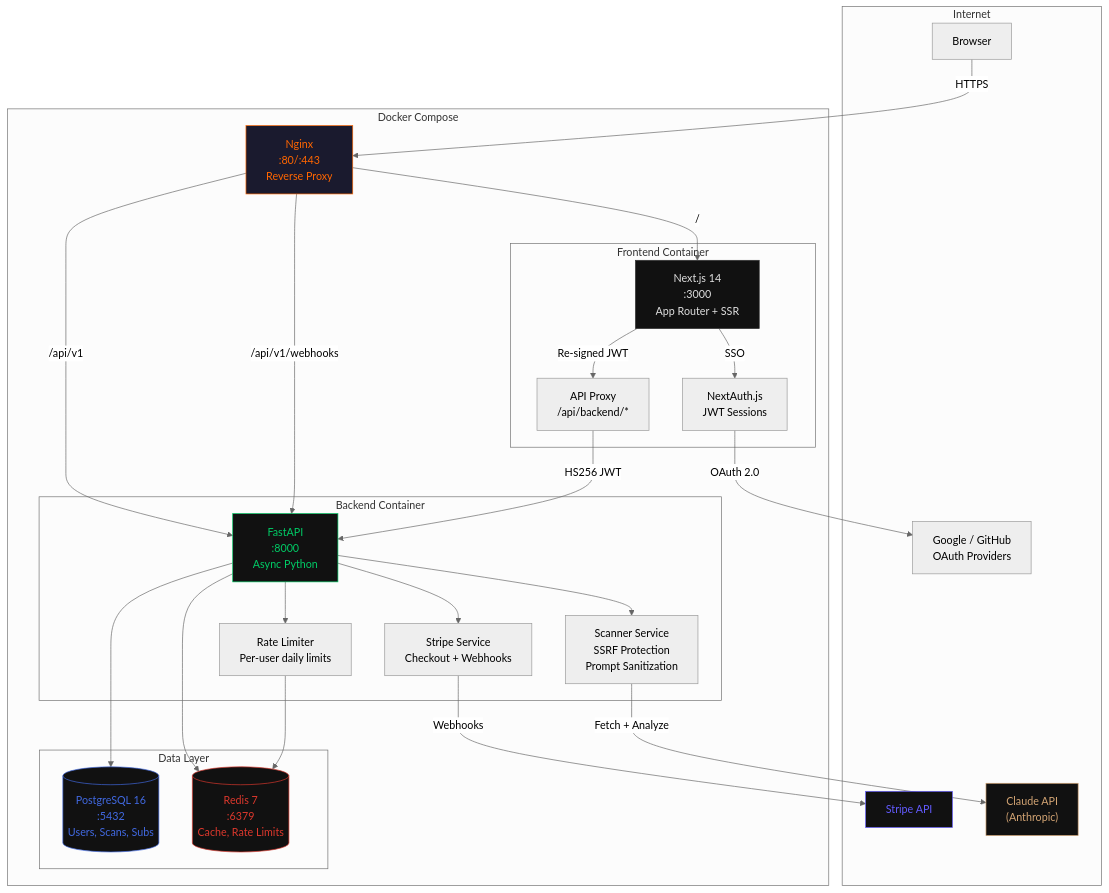
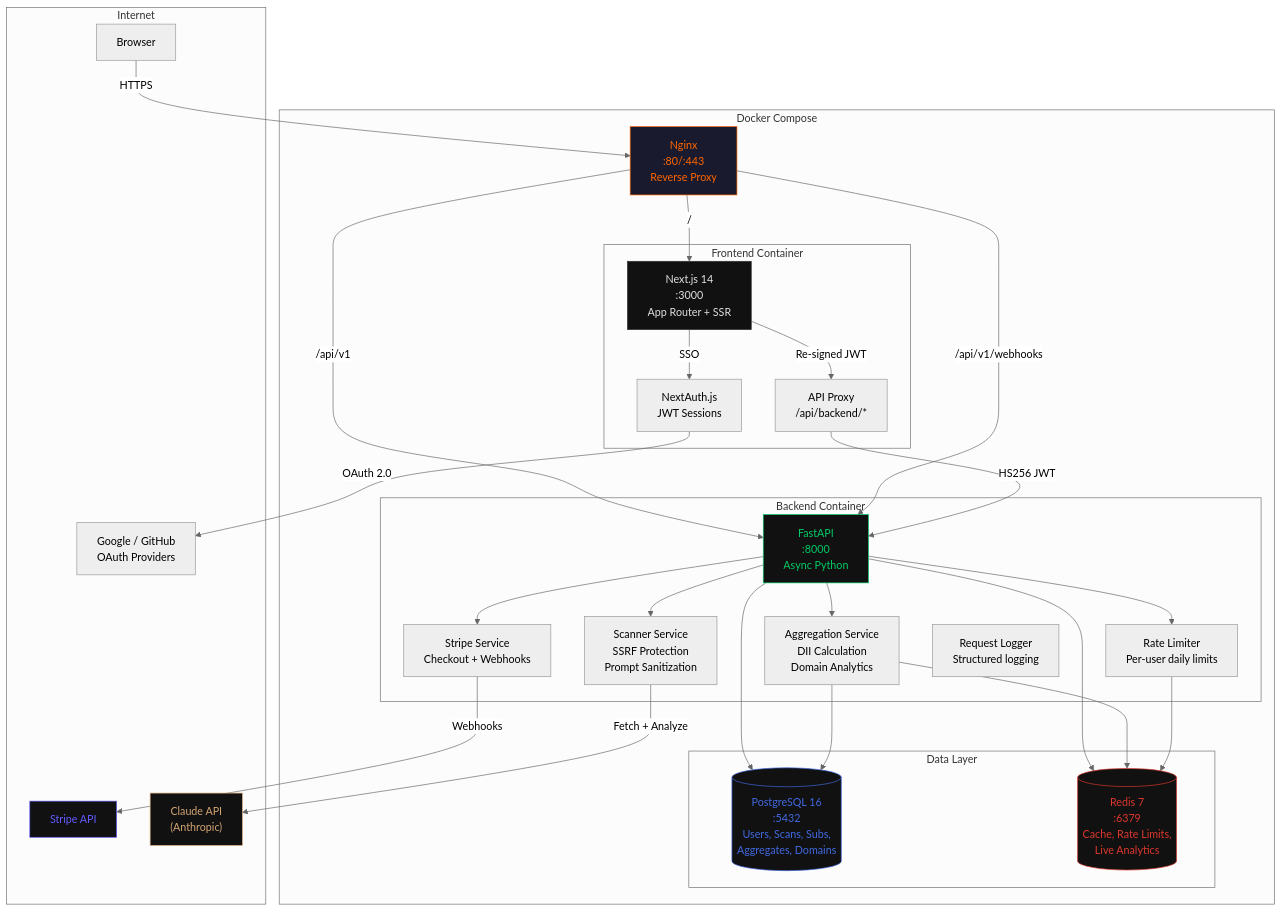
The first of 10 diagrams in docs/ARCHITECTURE.md (nabz0r/deadinternet.report), drawn with Mermaid (neutral theme) before and after one commit. The commit also changed other lines of this file and 3 other files, not shown here.

````diff
--- a/docs/ARCHITECTURE.md
+++ b/docs/ARCHITECTURE.md
@@ -9,60 +9,65 @@
 ```mermaid
 graph TB
     subgraph Internet
         Browser["Browser"]
         Stripe["Stripe API"]
         Claude["Claude API<br/>(Anthropic)"]
         OAuth["Google / GitHub<br/>OAuth Providers"]
     end
 
     subgraph Docker["Docker Compose"]
         Nginx["Nginx<br/>:80/:443<br/>Reverse Proxy"]
 
         subgraph Frontend["Frontend Container"]
             Next["Next.js 14<br/>:3000<br/>App Router + SSR"]
             NextAuth["NextAuth.js<br/>JWT Sessions"]
             Proxy["API Proxy<br/>/api/backend/*"]
         end
 
         subgraph Backend["Backend Container"]
             FastAPI["FastAPI<br/>:8000<br/>Async Python"]
             Scanner["Scanner Service<br/>SSRF Protection<br/>Prompt Sanitization"]
+            Aggregation["Aggregation Service<br/>DII Calculation<br/>Domain Analytics"]
             StripeService["Stripe Service<br/>Checkout + Webhooks"]
             RateLimiter["Rate Limiter<br/>Per-user daily limits"]
+            ReqLogger["Request Logger<br/>Structured logging"]
         end
 
         subgraph Data["Data Layer"]
-            PG[("PostgreSQL 16<br/>:5432<br/>Users, Scans, Subs")]
-            Redis[("Redis 7<br/>:6379<br/>Cache, Rate Limits")]
+            PG[("PostgreSQL 16<br/>:5432<br/>Users, Scans, Subs,<br/>Aggregates, Domains")]
+            Redis[("Redis 7<br/>:6379<br/>Cache, Rate Limits,<br/>Live Analytics")]
         end
     end
 
     Browser -->|HTTPS| Nginx
     Nginx -->|/| Next
     Nginx -->|/api/v1| FastAPI
     Nginx -->|/api/v1/webhooks| FastAPI
 
     Next -->|SSO| NextAuth
     NextAuth -->|OAuth 2.0| OAuth
     Next -->|Re-signed JWT| Proxy
     Proxy -->|HS256 JWT| FastAPI
 
     FastAPI --> Scanner
+    FastAPI --> Aggregation
     FastAPI --> StripeService
     FastAPI --> RateLimiter
 
     Scanner -->|Fetch + Analyze| Claude
     StripeService -->|Webhooks| Stripe
 
     FastAPI --> PG
     FastAPI --> Redis
+    Aggregation --> PG
+    Aggregation --> Redis
     RateLimiter --> Redis
 
     style Nginx fill:#1a1a2e,color:#ff6600,stroke:#ff6600
     style Next fill:#111,color:#e0e0e0,stroke:#333
     style FastAPI fill:#111,color:#00cc66,stroke:#00cc66
     style PG fill:#111,color:#4169E1,stroke:#4169E1
     style Redis fill:#111,color:#DC382D,stroke:#DC382D
     style Claude fill:#111,color:#d4a574,stroke:#d4a574
     style Stripe fill:#111,color:#635BFF,stroke:#635BFF
 ```
````
